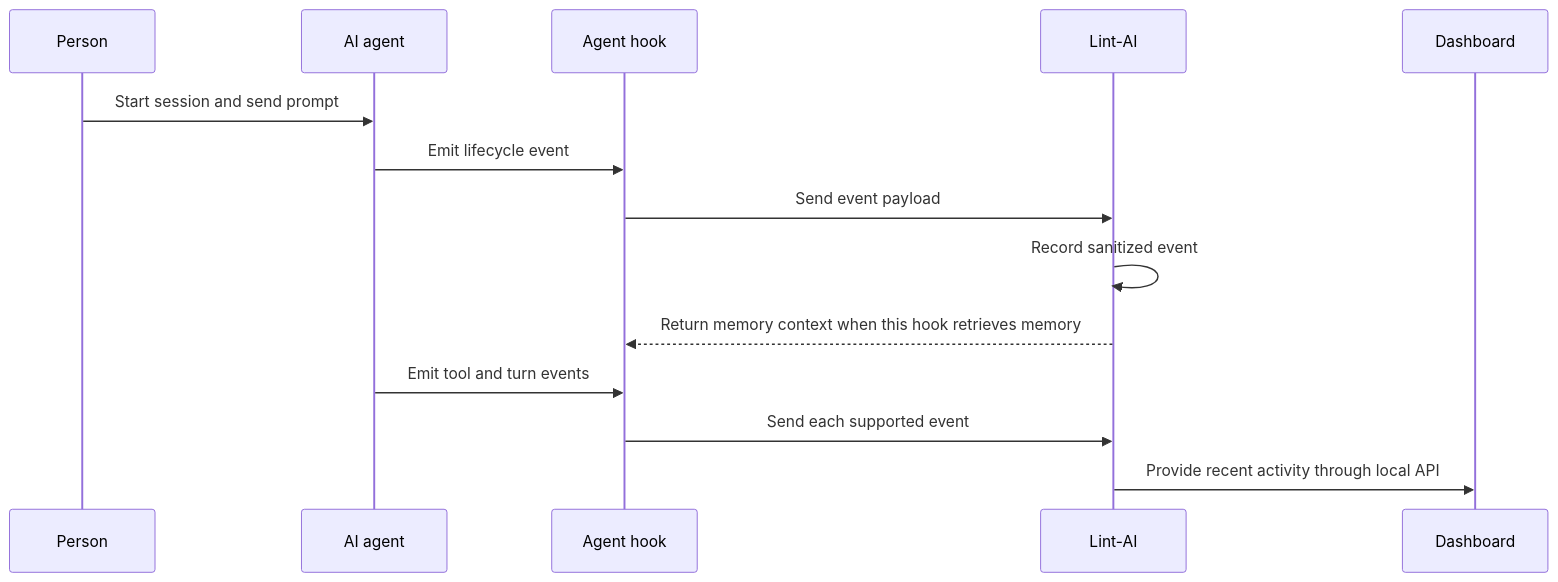
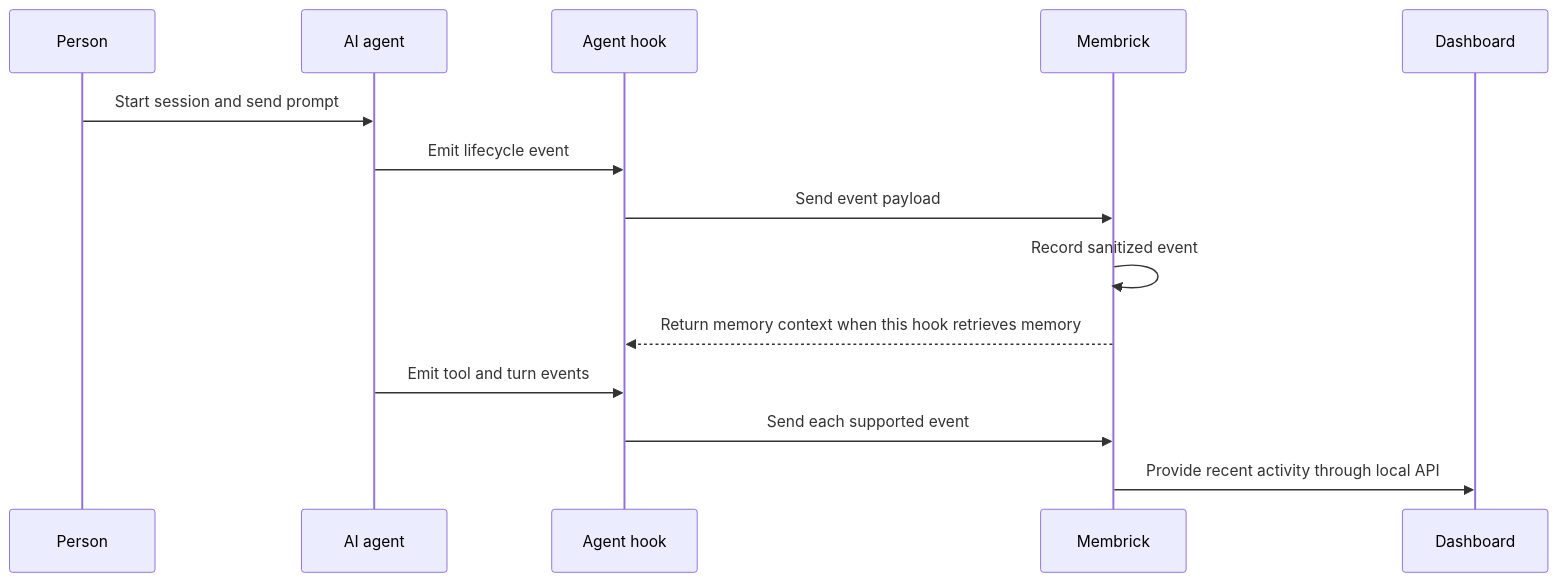
Before and after one commit to RooAGI/Lint-AI: the diagram in docs/observability.md, drawn with Mermaid. The commit also changed other lines of this file and 251 other files, not shown here.

````diff
--- a/docs/observability.md
+++ b/docs/observability.md
@@ -80,16 +80,16 @@
 ```mermaid
 sequenceDiagram
     participant U as Person
     participant A as AI agent
     participant H as Agent hook
-    participant L as Lint-AI
+    participant L as Membrick
     participant D as Dashboard
     U->>A: Start session and send prompt
     A->>H: Emit lifecycle event
     H->>L: Send event payload
     L->>L: Record sanitized event
     L-->>H: Return memory context when this hook retrieves memory
     A->>H: Emit tool and turn events
     H->>L: Send each supported event
     L->>D: Provide recent activity through local API
 ```
````
